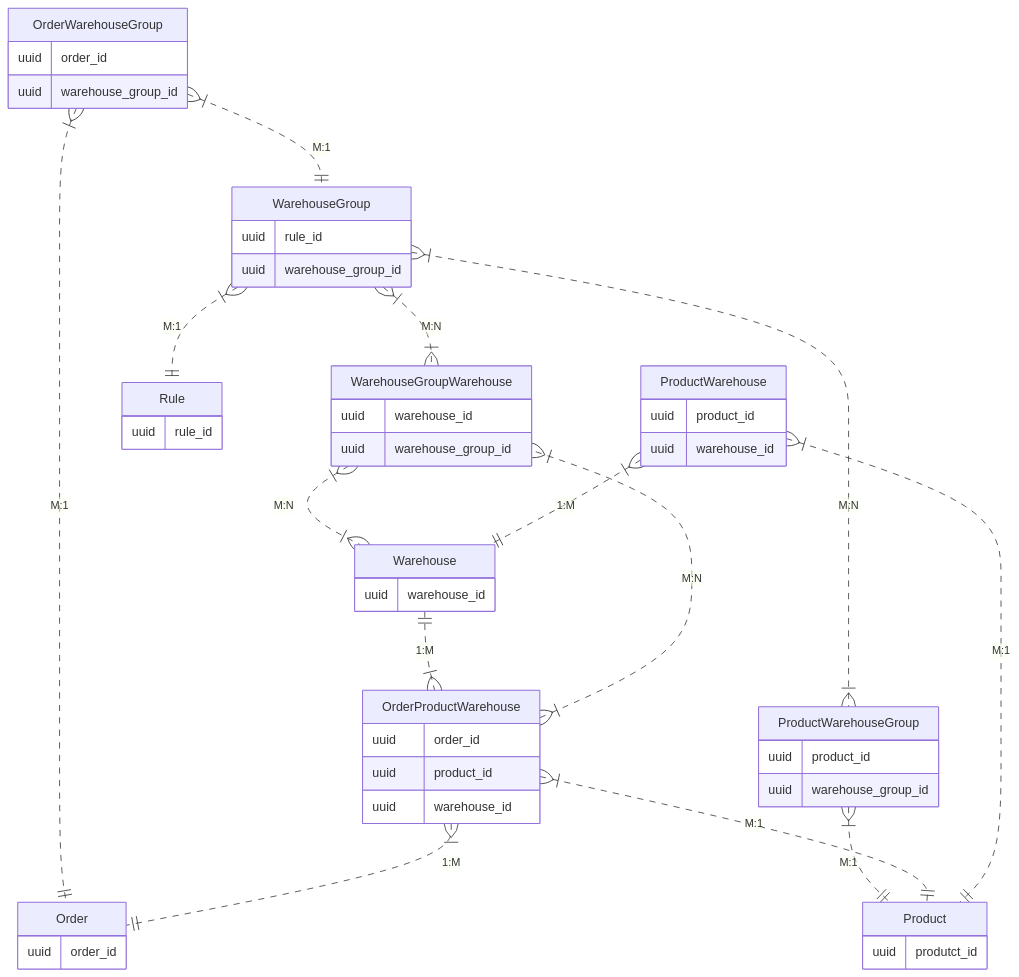
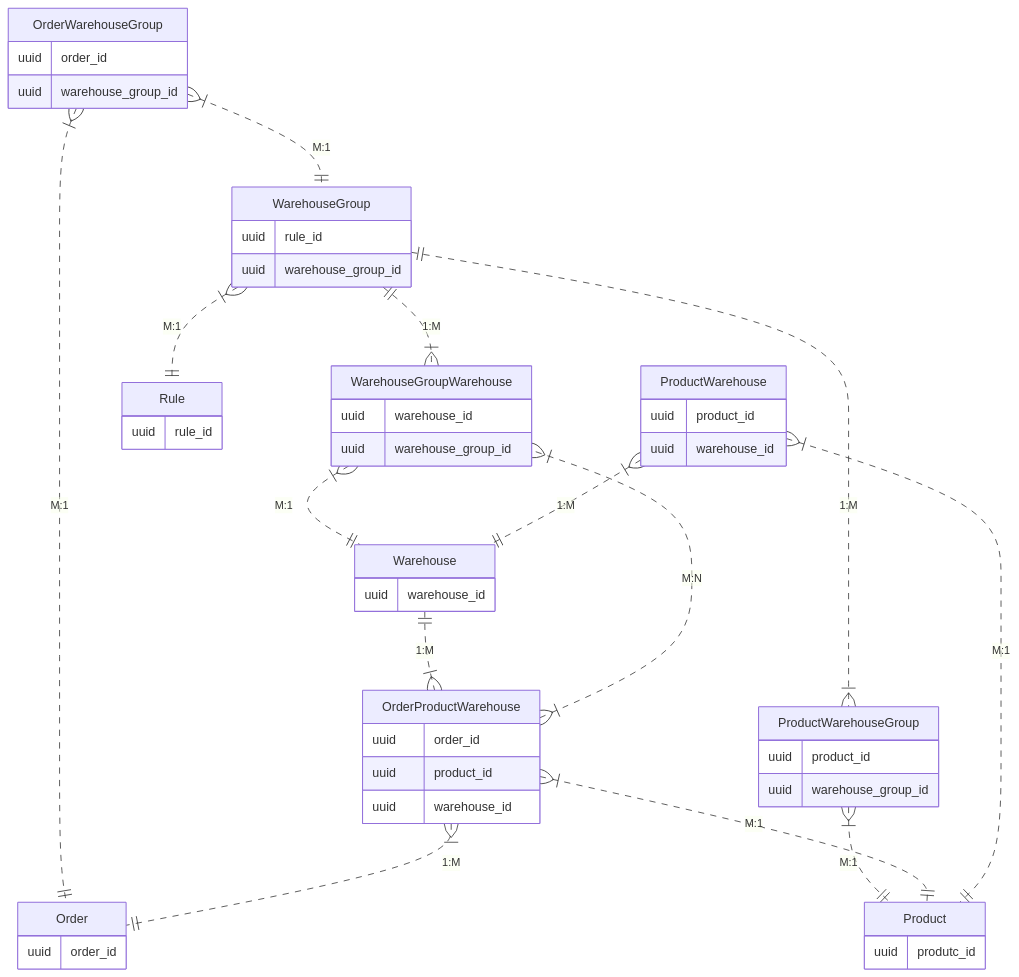
Before and after one commit to shopware/docs: the diagram in guides/plugins/plugins/api/multi-inventory.md, drawn with Mermaid.

Commit message:
update cardinality

````diff
--- a/guides/plugins/plugins/api/multi-inventory.md
+++ b/guides/plugins/plugins/api/multi-inventory.md
@@ -37,53 +37,53 @@
 ```mermaid
 erDiagram
     OrderWarehouseGroup }|..|| Order : "M:1"
     OrderWarehouseGroup {
         uuid order_id
         uuid warehouse_group_id
     }
     OrderWarehouseGroup }|..|| WarehouseGroup : "M:1"
     OrderProductWarehouse }|..|| Order : "1:M"
     OrderProductWarehouse{
         uuid order_id
         uuid product_id
         uuid warehouse_id
     }
     Order {
         uuid order_id
     }
     OrderProductWarehouse }|..|{ WarehouseGroupWarehouse : "M:N"
     Warehouse {
         uuid warehouse_id
     }
     WarehouseGroup }|..|| Rule : "M:1"
     Rule{
         uuid rule_id
     }
     WarehouseGroup {
         uuid rule_id
         uuid warehouse_group_id
     }
-    WarehouseGroup }|..|{ ProductWarehouseGroup : "M:N"
+    WarehouseGroup ||..|{ ProductWarehouseGroup : "1:M"
     ProductWarehouseGroup {
         uuid product_id
         uuid warehouse_group_id
     }
-    WarehouseGroup }|..|{ WarehouseGroupWarehouse : "M:N"
+    WarehouseGroup ||..|{ WarehouseGroupWarehouse : "1:M"
     WarehouseGroupWarehouse {
         uuid warehouse_id
         uuid warehouse_group_id
     }
     ProductWarehouseGroup }|..|| Product : "M:1"
     OrderProductWarehouse }|..|| Product : "M:1"
     Product {
-        uuid produtct_id
+        uuid produtc_id
     }
     ProductWarehouse }|..|| Product : "M:1"
-    WarehouseGroupWarehouse }|..|{ Warehouse : "M:N"
+    WarehouseGroupWarehouse }|..|| Warehouse : "M:1"
     ProductWarehouse }|..|| Warehouse : "1:M"
     ProductWarehouse {
         uuid product_id
         uuid warehouse_id
     }
     Warehouse ||..|{ OrderProductWarehouse : "1:M"
 ```
````
